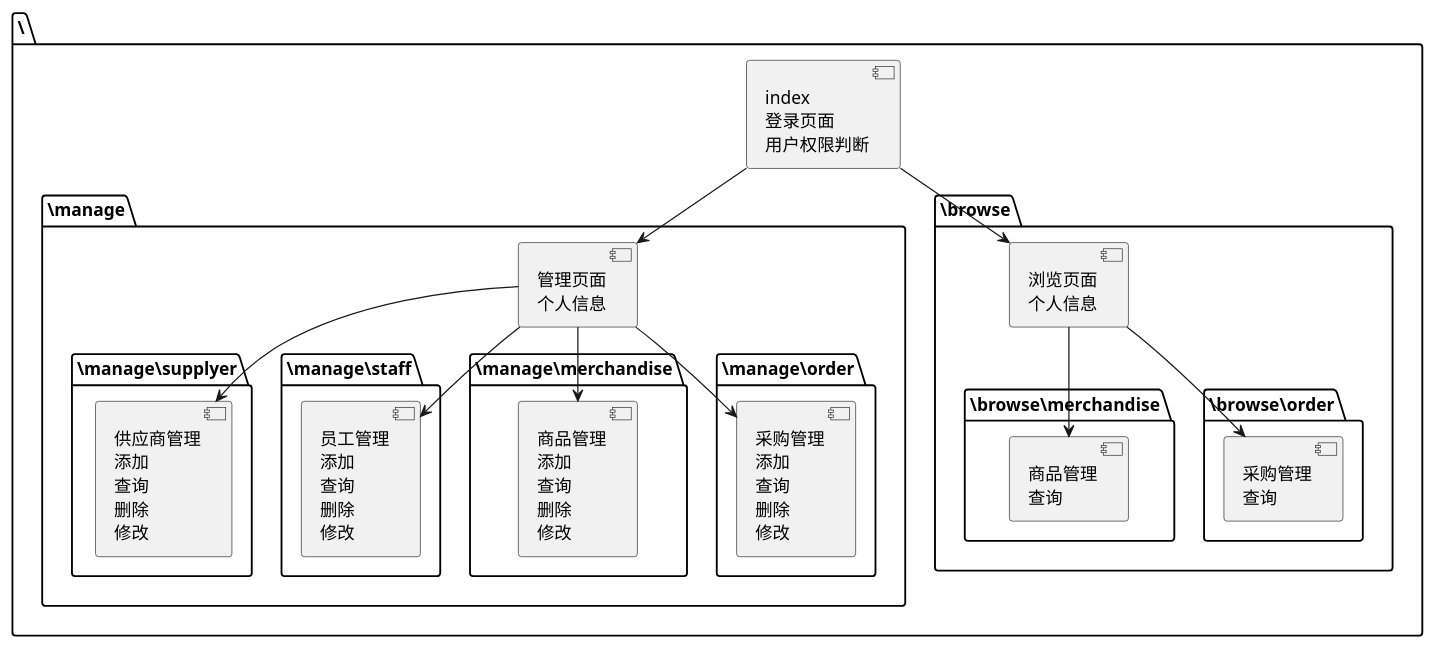
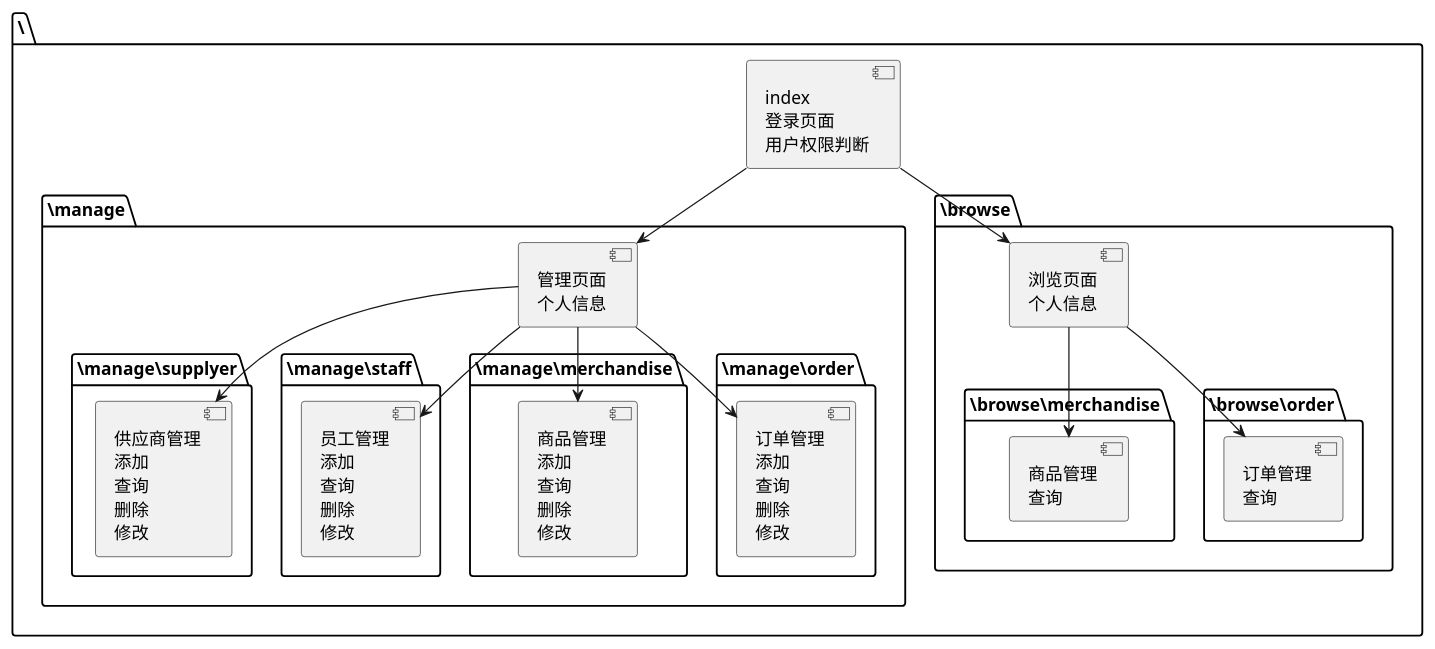
Before and after one commit to KZNS/scsx-market: the diagram in docs/webpages.wsd, drawn with PlantUML. The commit also changed 8 other files, not shown here.

```diff
--- a/docs/webpages.wsd
+++ b/docs/webpages.wsd
@@ -1,39 +1,39 @@
 @startuml webpages 
 
 folder "\" {
     [index\n登录页面\n用户权限判断] as index
     folder "\manage"{
         [管理页面\n个人信息] as admin
         folder "\manage\supplyer"{
             [供应商管理\n添加\n查询\n删除\n修改] as sup_man
         }
         folder "\manage\staff"{
             [员工管理\n添加\n查询\n删除\n修改] as staff_man
         }
         folder "\manage\merchandise"{
             [商品管理\n添加\n查询\n删除\n修改] as mer_man
         }
         folder "\manage\order"{
-            [采购管理\n添加\n查询\n删除\n修改] as order_man
+            [订单管理\n添加\n查询\n删除\n修改] as order_man
         }
         admin --> sup_man
         admin --> staff_man
         admin --> mer_man
         admin --> order_man
     }
     folder "\browse"{
         [浏览页面\n个人信息] as user
         folder "\browse\merchandise"{
             [商品管理\n查询] as mer_bro
         }
         folder "\browse\order"{
-            [采购管理\n查询] as order_bro
+            [订单管理\n查询] as order_bro
         }
         user --> mer_bro
         user --> order_bro
     }
     index --> admin
     index --> user
 }
 
 @enduml
```
